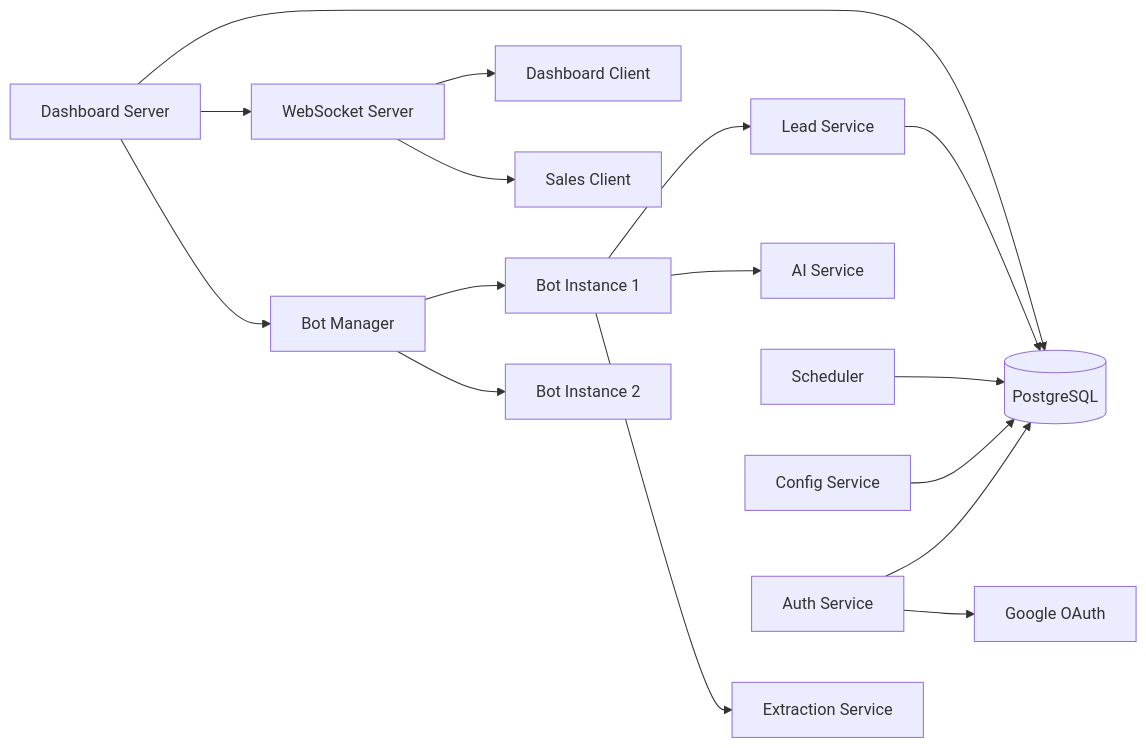
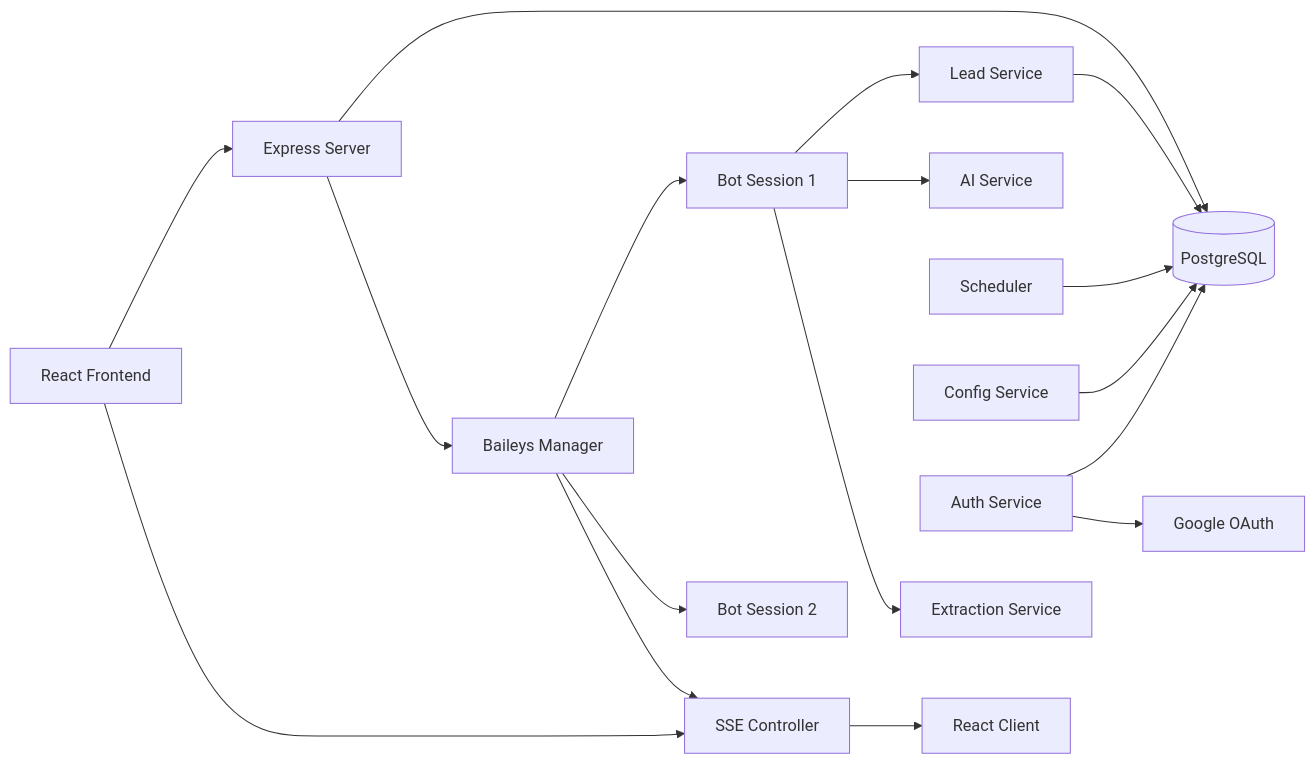
One commit to da4vid864/bots changed the second of 6 diagrams in technical_architecture.md. Above: the diagram before and after it, drawn with Mermaid. The commit also changed other lines of this file and 39 other files, not shown here.

````diff
--- a/technical_architecture.md
+++ b/technical_architecture.md
@@ -180,23 +206,24 @@
 ```mermaid
 graph LR
-    DASH[Dashboard Server] --> DB[(PostgreSQL)]
-    DASH --> WS[WebSocket Server]
-    DASH --> BM[Bot Manager]
+    REACT[React Frontend] --> SERVER[Express Server]
+    REACT --> SSE[SSE Controller]
+    SERVER --> DB[(PostgreSQL)]
+    SERVER --> BM[Baileys Manager]
     
-    BM --> BOT1[Bot Instance 1]
-    BM --> BOT2[Bot Instance 2]
+    BM --> BOT1[Bot Session 1]
+    BM --> BOT2[Bot Session 2]
     
     BOT1 --> LEADDB[Lead Service]
     BOT1 --> DEEPSEEK[AI Service]
     BOT1 --> EXTRACT[Extraction Service]
     
     LEADDB --> DB
     SCHED[Scheduler] --> DB
     CONFIG[Config Service] --> DB
+    AUTH[Auth Service] --> DB
     
-    WS --> DASH_CLIENT[Dashboard Client]
-    WS --> SALES_CLIENT[Sales Client]
+    SSE --> REACT_CLIENT[React Client]
+    BM --> SSE
     
-    AUTH[Auth Service] --> DB
     AUTH --> GOOGLE[Google OAuth]
 ```
````
